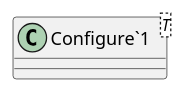
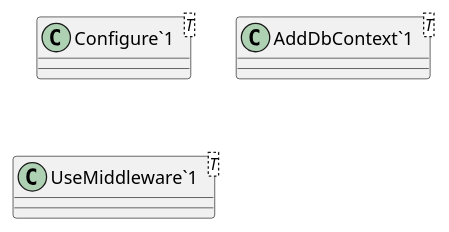
Before and after one commit to DenysMalanichev/HospitalRegistrar: the diagram in UML/HospitalRegistrar.WebAPI/Program.puml, drawn with PlantUML. The commit also changed 49 other files, not shown here.

```diff
--- a/UML/HospitalRegistrar.WebAPI/Program.puml
+++ b/UML/HospitalRegistrar.WebAPI/Program.puml
@@ -1,4 +1,8 @@
 @startuml
 class "Configure`1"<T> {
 }
+class "AddDbContext`1"<T> {
+}
+class "UseMiddleware`1"<T> {
+}
 @enduml
```
